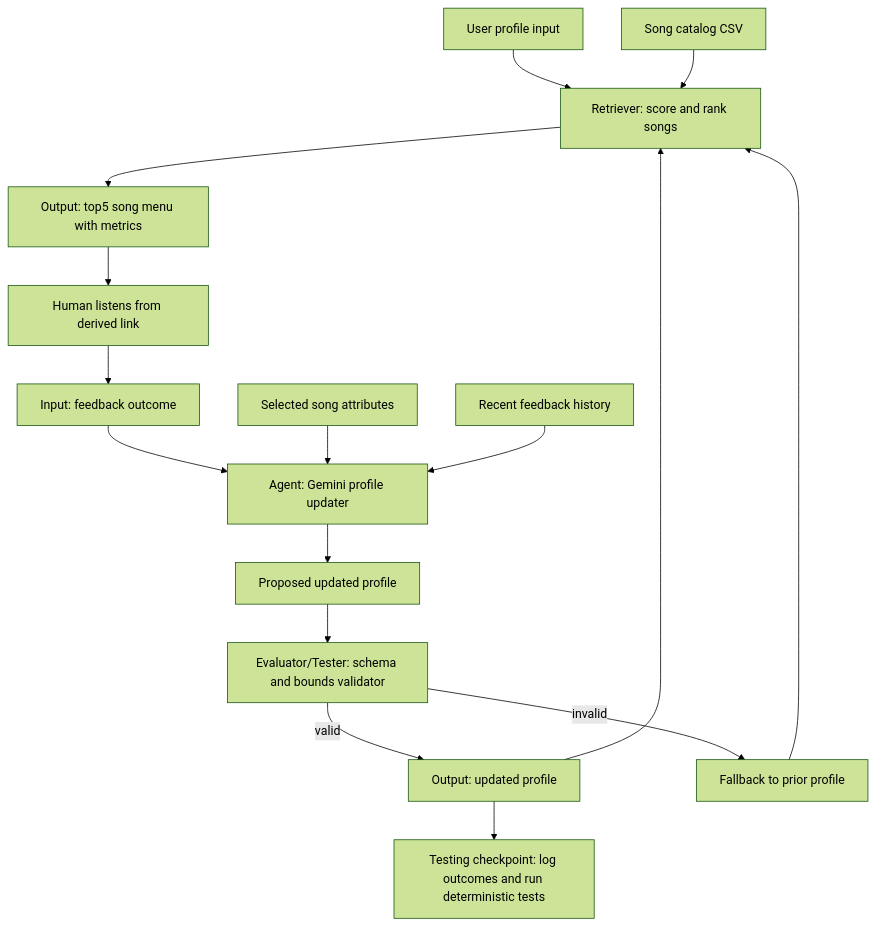
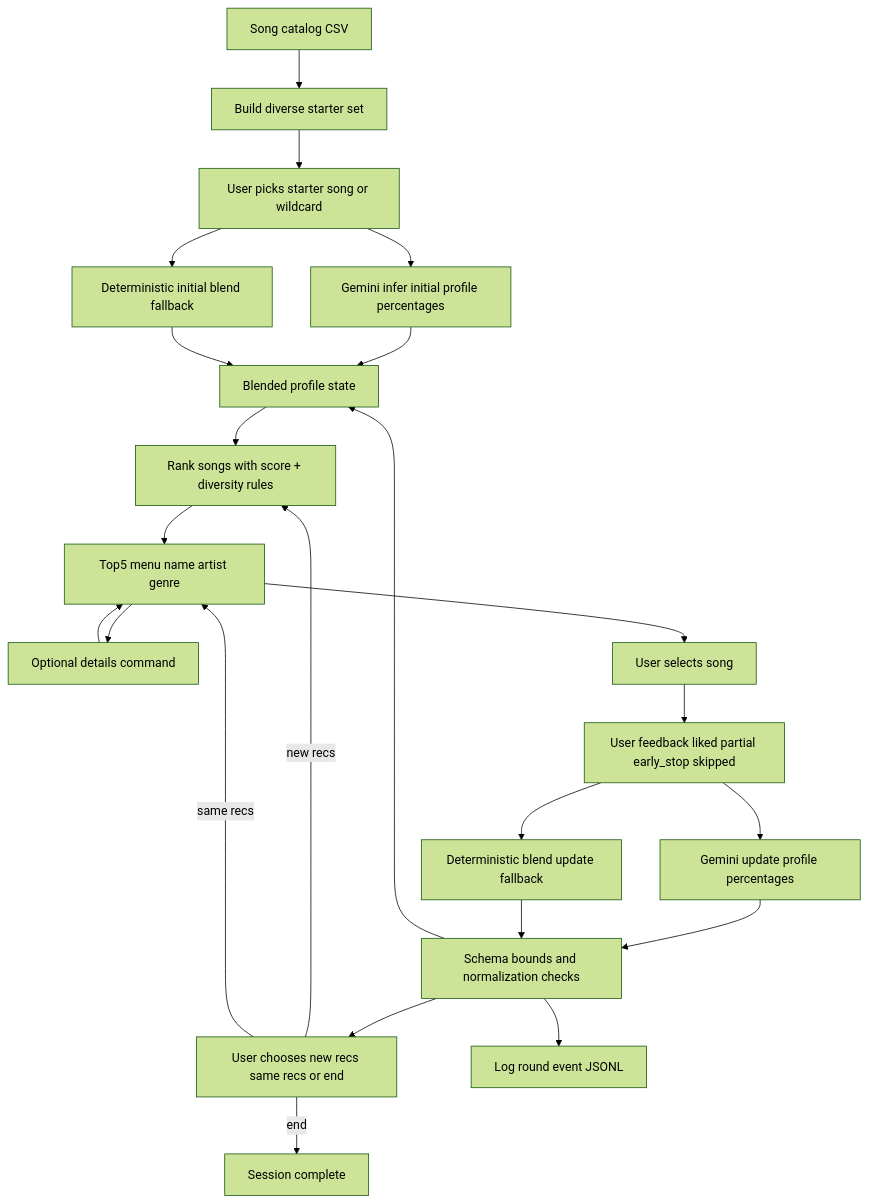
Before and after one commit to VicChen199/applied-ai-system-project: the diagram in assets/agentic_workflow_diagram.md, drawn with Mermaid (forest theme). The commit also changed 11 other files, not shown here.

Commit message:
Implement agentic recommender upgrades with profile blending, diversity controls, CLI UX improvements, and updated documentation

````diff
--- a/assets/agentic_workflow_diagram.md
+++ b/assets/agentic_workflow_diagram.md
@@ -3,18 +3,29 @@
 ```mermaid
 flowchart TD
-    userInput[User profile input] --> retriever[Retriever: score and rank songs]
-    songData[Song catalog CSV] --> retriever
-    retriever --> menuOutput[Output: top5 song menu with metrics]
-    menuOutput --> humanListen[Human listens from derived link]
-    humanListen --> feedbackInput[Input: feedback outcome]
-    feedbackInput --> agent[Agent: Gemini profile updater]
-    selectedSong[Selected song attributes] --> agent
-    sessionHistory[Recent feedback history] --> agent
-    agent --> profileDraft[Proposed updated profile]
-    profileDraft --> validator[Evaluator/Tester: schema and bounds validator]
-    validator -->|valid| updatedProfile[Output: updated profile]
-    validator -->|invalid| fallbackProfile[Fallback to prior profile]
-    updatedProfile --> retriever
-    fallbackProfile --> retriever
-    updatedProfile --> testChecks[Testing checkpoint: log outcomes and run deterministic tests]
+    songData[Song catalog CSV] --> starterSet[Build diverse starter set]
+    starterSet --> starterChoice[User picks starter song or wildcard]
+    starterChoice --> initAgent[Gemini infer initial profile percentages]
+    starterChoice --> initFallback[Deterministic initial blend fallback]
+    initAgent --> blendState[Blended profile state]
+    initFallback --> blendState
+
+    blendState --> ranker[Rank songs with score + diversity rules]
+    ranker --> menu[Top5 menu name artist genre]
+    menu --> detailsCmd[Optional details command]
+    detailsCmd --> menu
+    menu --> songPick[User selects song]
+    songPick --> feedback[User feedback liked partial early_stop skipped]
+
+    feedback --> updateAgent[Gemini update profile percentages]
+    feedback --> updateFallback[Deterministic blend update fallback]
+    updateAgent --> validator[Schema bounds and normalization checks]
+    updateFallback --> validator
+    validator --> blendState
+
+    validator --> nextStep[User chooses new recs same recs or end]
+    nextStep -->|new recs| ranker
+    nextStep -->|same recs| menu
+    nextStep -->|end| endNode[Session complete]
+
+    validator --> logger[Log round event JSONL]
 ```
````
